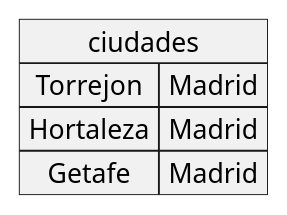
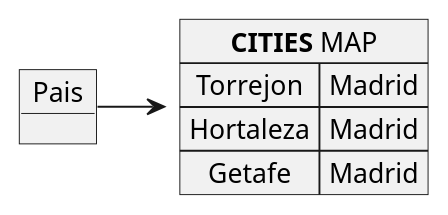
The diagram in uml/diagrama17.puml (Espadv69/uml-begginer), drawn with PlantUML before and after one commit.

Commit message:
Update: object associate with a table

```diff
--- a/uml/diagrama17.puml
+++ b/uml/diagrama17.puml
@@ -1,9 +1,14 @@
 @startuml diagrama17
 
-map ciudades {
+object Pais
+
+map "**CITIES** MAP" as cc {
     Torrejon => Madrid
     Hortaleza => Madrid
     Getafe => Madrid
 }
 
+Pais => cc
+
+
 @enduml
```
